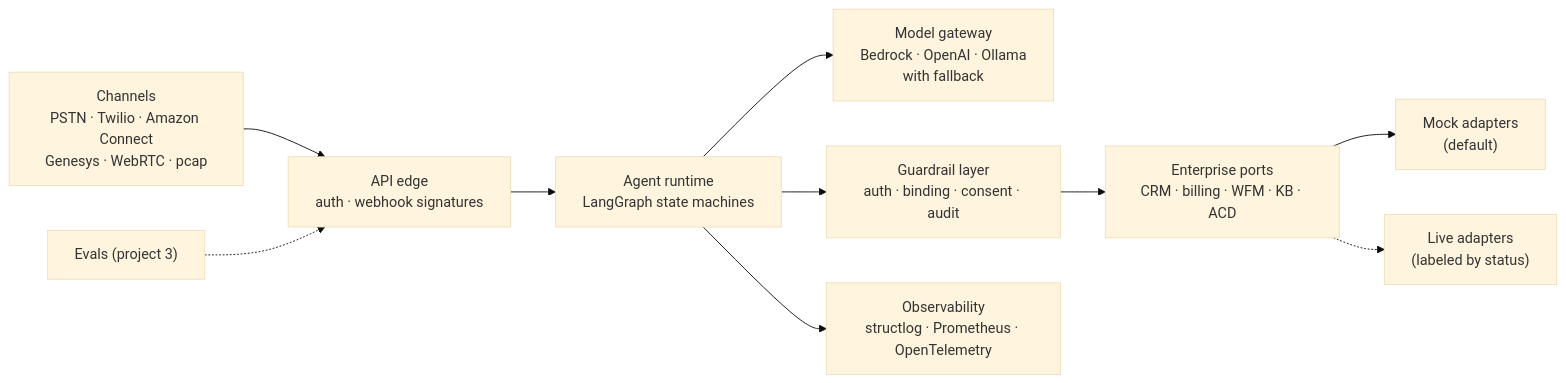
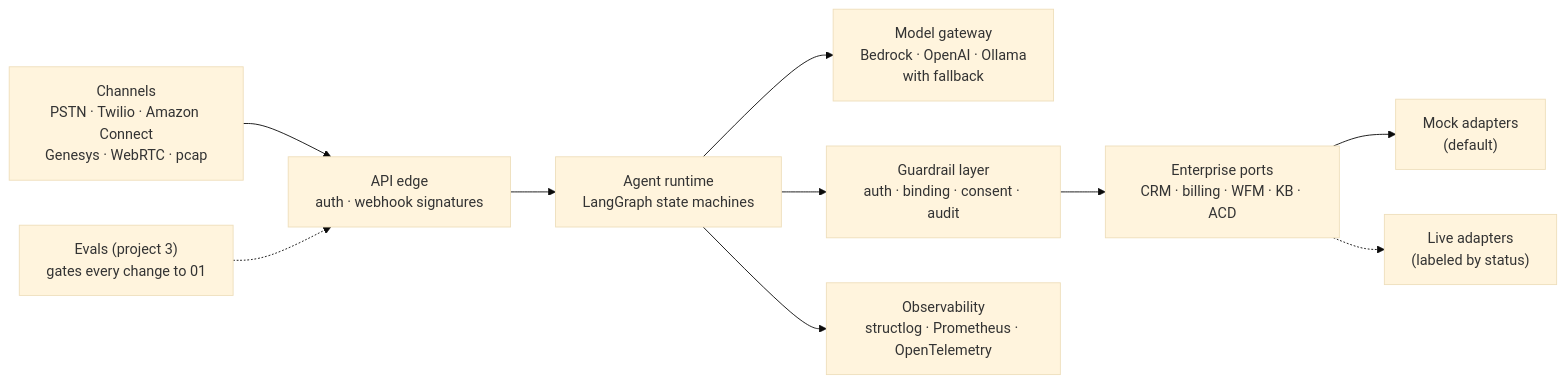
One commit to MarshalTakavinga/Agentic-Voice-AI changed the diagram in README.md. Above: the diagram before and after it, drawn with Mermaid (base theme). The commit also changed other lines of this file and 65 other files, not shown here.

````diff
--- a/README.md
+++ b/README.md
@@ -59,12 +60,12 @@
 ```mermaid
 flowchart LR
     CH["Channels<br/>PSTN · Twilio · Amazon Connect<br/>Genesys · WebRTC · pcap"] --> EDGE["API edge<br/>auth · webhook signatures"]
     EDGE --> AG["Agent runtime<br/>LangGraph state machines"]
     AG --> MG["Model gateway<br/>Bedrock · OpenAI · Ollama<br/>with fallback"]
     AG --> GR["Guardrail layer<br/>auth · binding · consent · audit"]
     GR --> AD["Enterprise ports<br/>CRM · billing · WFM · KB · ACD"]
     AD --> MK["Mock adapters<br/>(default)"]
     AD -.-> LV["Live adapters<br/>(labeled by status)"]
     AG --> OB["Observability<br/>structlog · Prometheus · OpenTelemetry"]
-    EV["Evals (project 3)"] -.-> EDGE
+    EV["Evals (project 3)<br/>gates every change to 01"] -.-> EDGE
 ```
````
